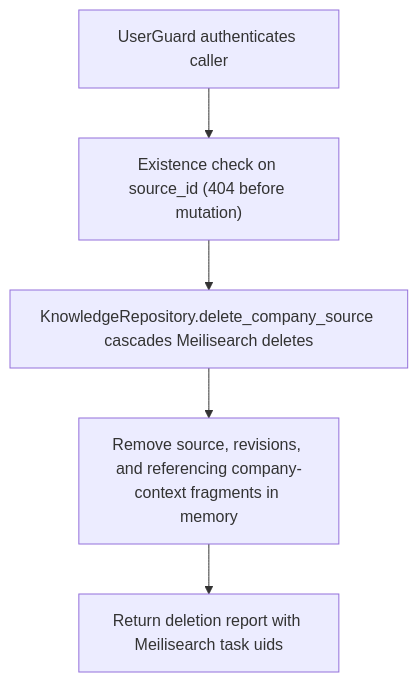
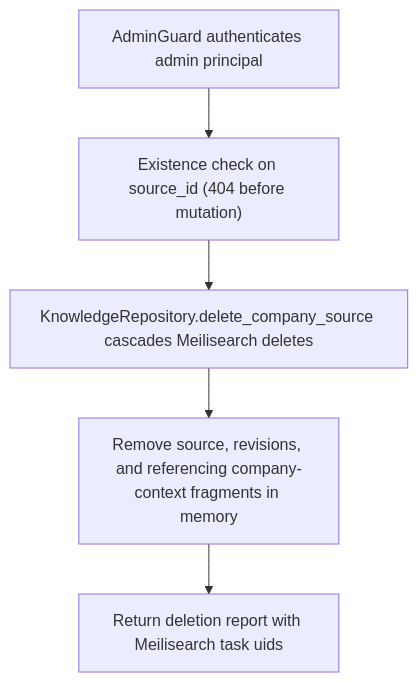
Before and after one commit to dickwu/nowledge: the diagram in doc/api/delete_v1_state_company_docs_source_id.md, drawn with Mermaid. The commit also changed other lines of this file and 46 other files, not shown here.

````diff
--- a/doc/api/delete_v1_state_company_docs_source_id.md
+++ b/doc/api/delete_v1_state_company_docs_source_id.md
@@ -41,12 +42,12 @@
 ```mermaid
 flowchart TD
-  n0["UserGuard authenticates caller"]
+  n0["AdminGuard authenticates admin principal"]
   n1["Existence check on source_id (404 before mutation)"]
   n2["KnowledgeRepository.delete_company_source cascades Meilisearch deletes"]
   n3["Remove source, revisions, and referencing company-context fragments in memory"]
   n4["Return deletion report with Meilisearch task uids"]
   n0 --> n1
   n1 --> n2
   n2 --> n3
   n3 --> n4
 ```
````
